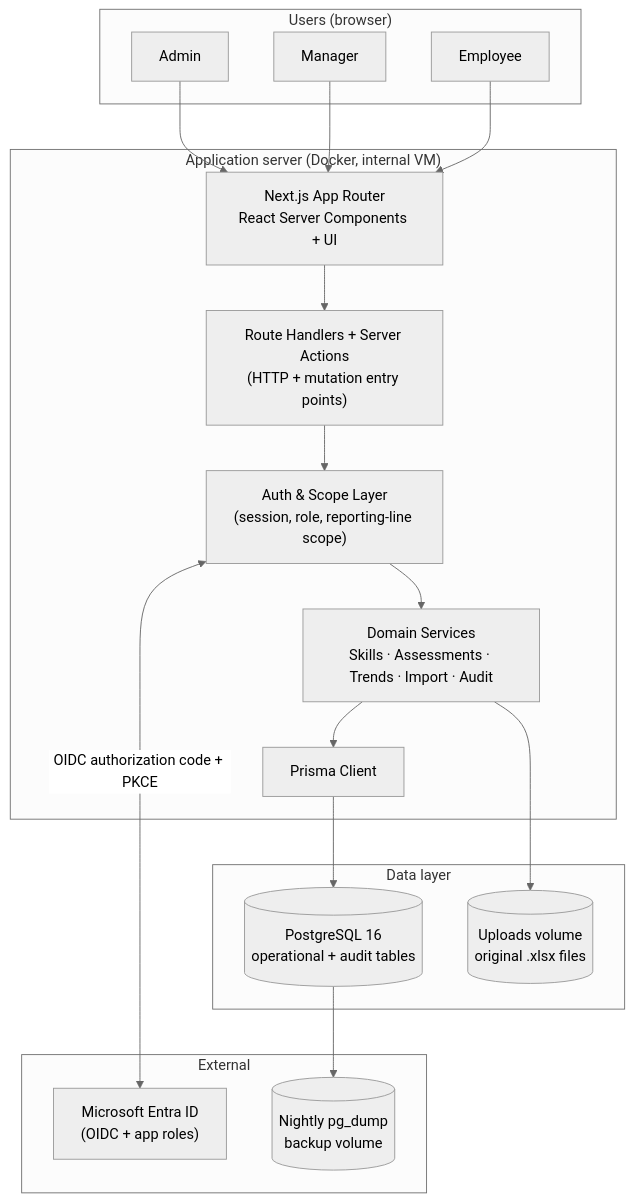
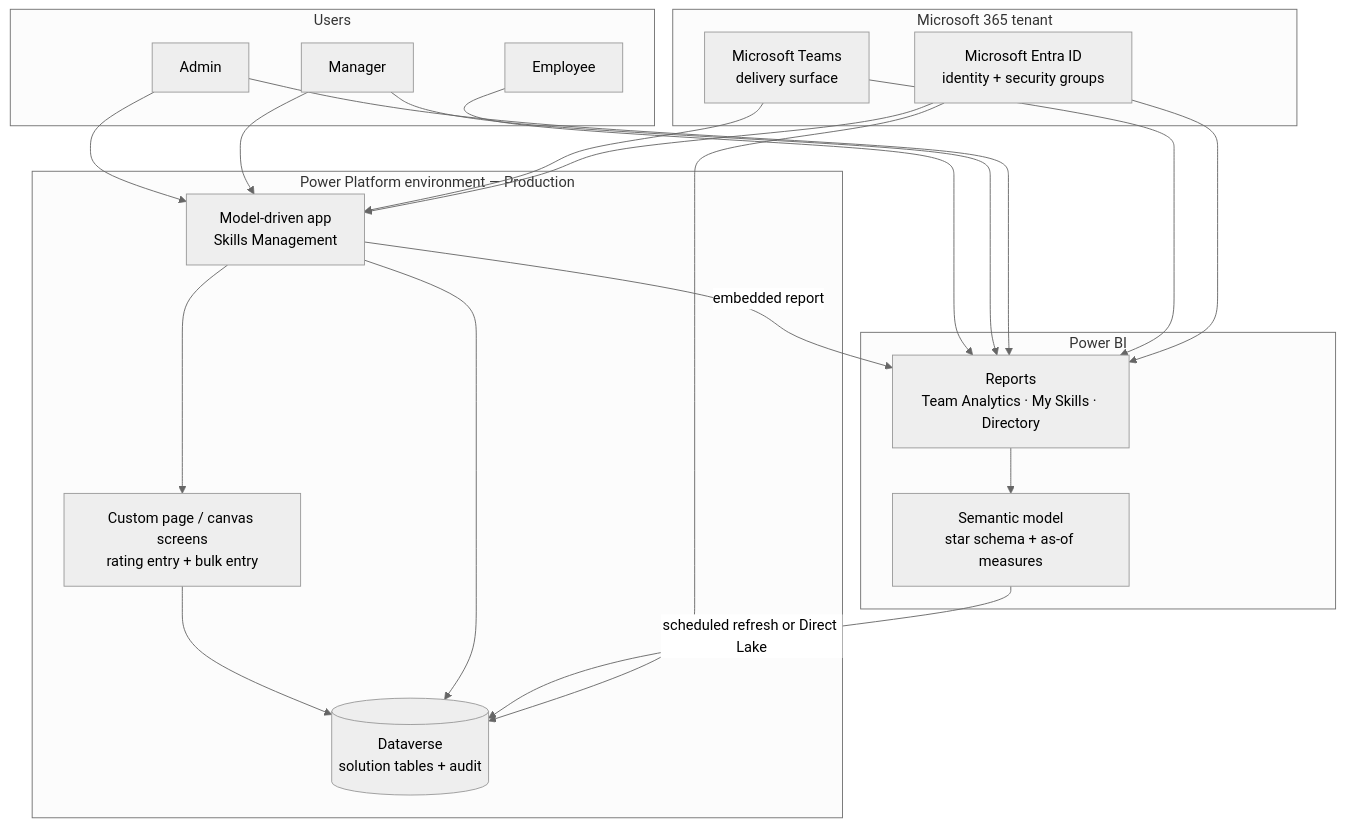
Before and after one commit to Santoshb091651/Skills-Competency-Management: the first of 8 diagrams in ARCHITECTURE.md, drawn with Mermaid (neutral theme). The commit also changed other lines of this file and 1 other file, not shown here.

Commit message:
platform constraints: use only Power Apps, Power BI and data verse

````diff
--- a/ARCHITECTURE.md
+++ b/ARCHITECTURE.md
@@ -24,38 +32,41 @@
 ```mermaid
 flowchart TB
-    subgraph Users["Users (browser)"]
+    subgraph People["Users"]
         ADMIN["Admin"]
         MGR["Manager"]
         EMP["Employee"]
     end
 
-    subgraph App["Application server (Docker, internal VM)"]
-        WEB["Next.js App Router<br/>React Server Components + UI"]
-        API["Route Handlers + Server Actions<br/>(HTTP + mutation entry points)"]
-        AUTHZ["Auth &amp; Scope Layer<br/>(session, role, reporting-line scope)"]
-        SVC["Domain Services<br/>Skills · Assessments · Trends · Import · Audit"]
-        ORM["Prisma Client"]
+    subgraph M365["Microsoft 365 tenant"]
+        ENTRA["Microsoft Entra ID<br/>identity + security groups"]
+        TEAMS["Microsoft Teams<br/>delivery surface"]
     end
 
-    subgraph Data["Data layer"]
-        PG[("PostgreSQL 16<br/>operational + audit tables")]
-        FILES[("Uploads volume<br/>original .xlsx files")]
+    subgraph PP["Power Platform environment — Production"]
+        MDA["Model-driven app<br/>Skills Management"]
+        PAGE["Custom page / canvas screens<br/>rating entry + bulk entry"]
+        DV[("Dataverse<br/>solution tables + audit")]
     end
 
-    subgraph External["External"]
-        ENTRA["Microsoft Entra ID<br/>(OIDC + app roles)"]
-        BACKUP[("Nightly pg_dump<br/>backup volume")]
+    subgraph BI["Power BI"]
+        MODEL["Semantic model<br/>star schema + as-of measures"]
+        RPT["Reports<br/>Team Analytics · My Skills · Directory"]
     end
 
-    ADMIN --> WEB
-    MGR --> WEB
-    EMP --> WEB
-    WEB --> API
-    API --> AUTHZ
-    AUTHZ --> SVC
-    SVC --> ORM
-    ORM --> PG
-    SVC --> FILES
-    AUTHZ <-->|"OIDC authorization code + PKCE"| ENTRA
-    PG --> BACKUP
+    ADMIN --> MDA
+    MGR --> MDA
+    MDA --> PAGE
+    PAGE --> DV
+    MDA --> DV
+    EMP --> RPT
+    MGR --> RPT
+    ADMIN --> RPT
+    RPT --> MODEL
+    MODEL -->|"scheduled refresh or Direct Lake"| DV
+    MDA -->|"embedded report"| RPT
+    TEAMS --> MDA
+    TEAMS --> RPT
+    ENTRA --> MDA
+    ENTRA --> RPT
+    ENTRA --> DV
 ```
````
